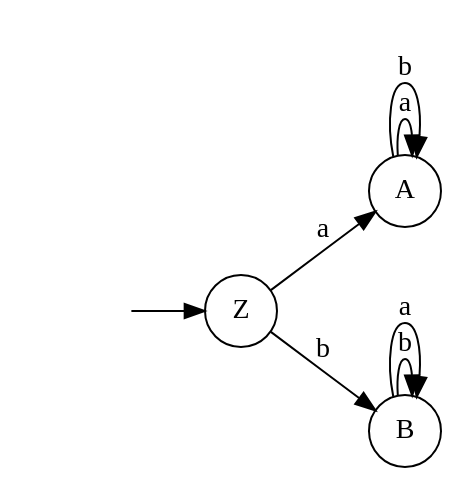
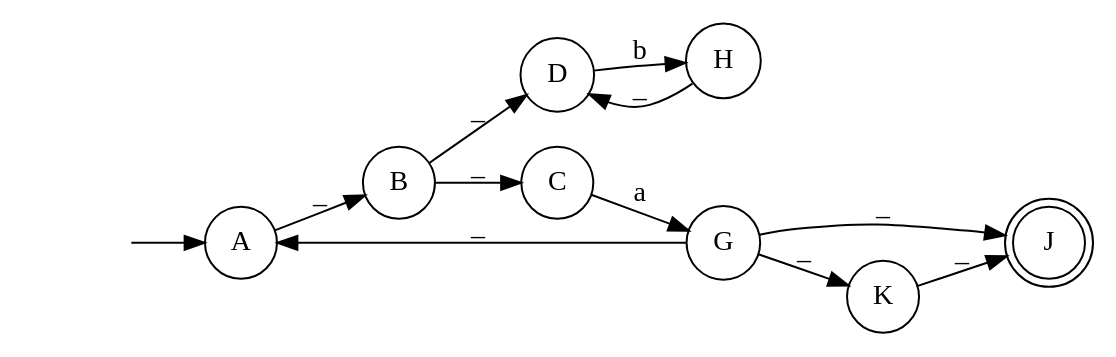
The diagram in Automate Picture/AutomataPicture.dot (arjen0203/AutomataReader), drawn with Graphviz before and after one commit. The commit also changed 15 other files, not shown here.

```diff
--- a/Automate Picture/AutomataPicture.dot
+++ b/Automate Picture/AutomataPicture.dot
@@ -1,15 +1,24 @@
 digraph myAutomaton { 
 rankdir=LR; 
 "" [shape=none] 
-"Z" [shape=circle] 
 "A" [shape=circle] 
 "B" [shape=circle] 
+"C" [shape=circle] 
+"D" [shape=circle] 
+"G" [shape=circle] 
+"H" [shape=circle] 
+"J" [shape=doublecircle] 
+"K" [shape=circle] 
 
-"" -> "Z" 
-"Z" -> "A" [label="a"] 
-"Z" -> "B" [label="b"] 
-"A" -> "A" [label="a"] 
-"A" -> "A" [label="b"] 
-"B" -> "B" [label="b"] 
-"B" -> "B" [label="a"] 
+"" -> "A" 
+"A" -> "B" [label="_"] 
+"B" -> "C" [label="_"] 
+"B" -> "D" [label="_"] 
+"C" -> "G" [label="a"] 
+"D" -> "H" [label="b"] 
+"G" -> "J" [label="_"] 
+"G" -> "K" [label="_"] 
+"G" -> "A" [label="_"] 
+"H" -> "D" [label="_"] 
+"K" -> "J" [label="_"] 
 }
```
